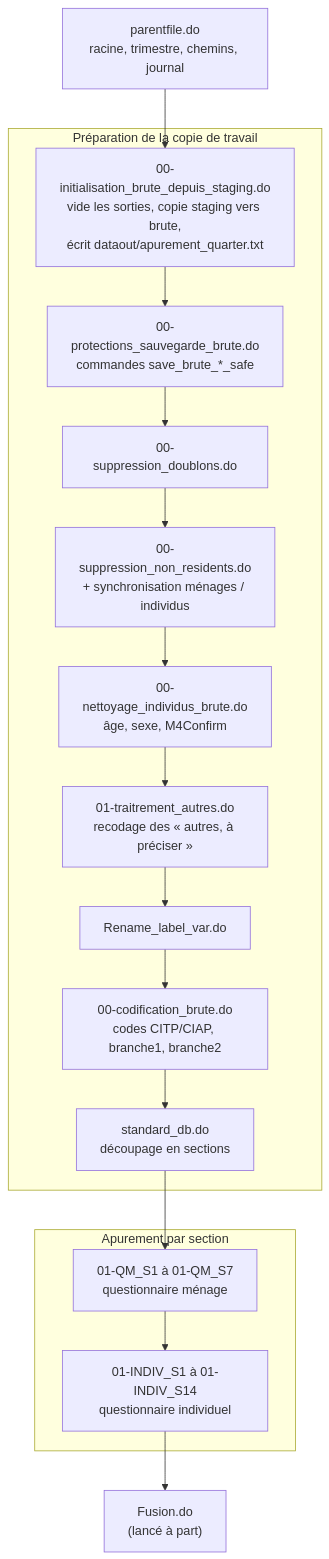
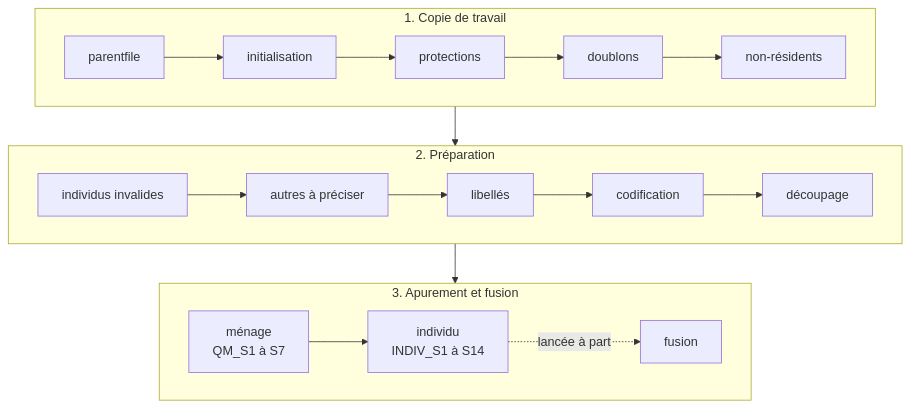
The third of 3 diagrams in README.md (cae-ins/ene_apurement), drawn with Mermaid before and after one commit. The commit also changed other lines of this file, not shown here.

Commit message:
Refait les schémas du README : chaîne lisible de haut en bas, rosters issus de datain/brute, ordre d'exécution compact

````diff
--- a/README.md
+++ b/README.md
@@ -147,27 +156,16 @@
 ```mermaid
 flowchart TD
-    P0["parentfile.do<br/>racine, trimestre, chemins, journal"] --> I1
-
-    subgraph PREP["Préparation de la copie de travail"]
-        I1["00-initialisation_brute_depuis_staging.do<br/>vide les sorties, copie staging vers brute,<br/>écrit dataout/apurement_quarter.txt"]
-        I2["00-protections_sauvegarde_brute.do<br/>commandes save_brute_*_safe"]
-        I3["00-suppression_doublons.do"]
-        I4["00-suppression_non_residents.do<br/>+ synchronisation ménages / individus"]
-        I5["00-nettoyage_individus_brute.do<br/>âge, sexe, M4Confirm"]
-        I6["01-traitrement_autres.do<br/>recodage des « autres, à préciser »"]
-        I7["Rename_label_var.do"]
-        I8["00-codification_brute.do<br/>codes CITP/CIAP, branche1, branche2"]
-        I9["standard_db.do<br/>découpage en sections"]
-        I1 --> I2 --> I3 --> I4 --> I5 --> I6 --> I7 --> I8 --> I9
+    subgraph L1["1. Copie de travail"]
+        direction LR
+        A1["parentfile"] --> A2["initialisation"] --> A3["protections"] --> A4["doublons"] --> A5["non-résidents"]
     end
-
-    I9 --> Q
-
-    subgraph SEC["Apurement par section"]
-        Q["01-QM_S1 à 01-QM_S7<br/>questionnaire ménage"]
-        S["01-INDIV_S1 à 01-INDIV_S14<br/>questionnaire individuel"]
-        Q --> S
+    subgraph L2["2. Préparation"]
+        direction LR
+        B1["individus invalides"] --> B2["autres à préciser"] --> B3["libellés"] --> B4["codification"] --> B5["découpage"]
     end
-
-    S --> F["Fusion.do<br/>(lancé à part)"]
+    subgraph L3["3. Apurement et fusion"]
+        direction LR
+        C1["ménage<br/>QM_S1 à S7"] --> C2["individu<br/>INDIV_S1 à S14"] -. "lancée à part" .-> C3["fusion"]
+    end
+    L1 --> L2 --> L3
 ```
````
